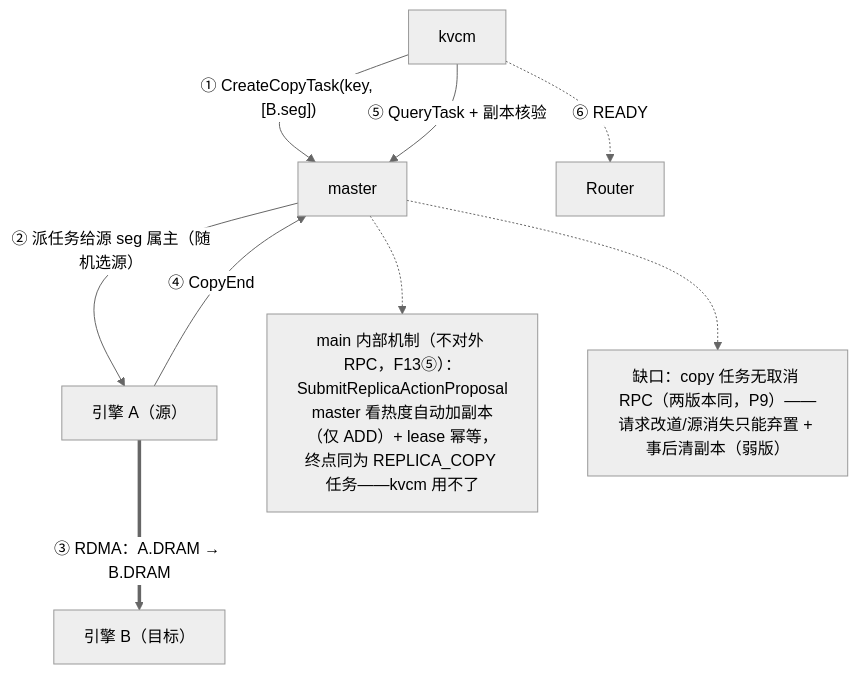
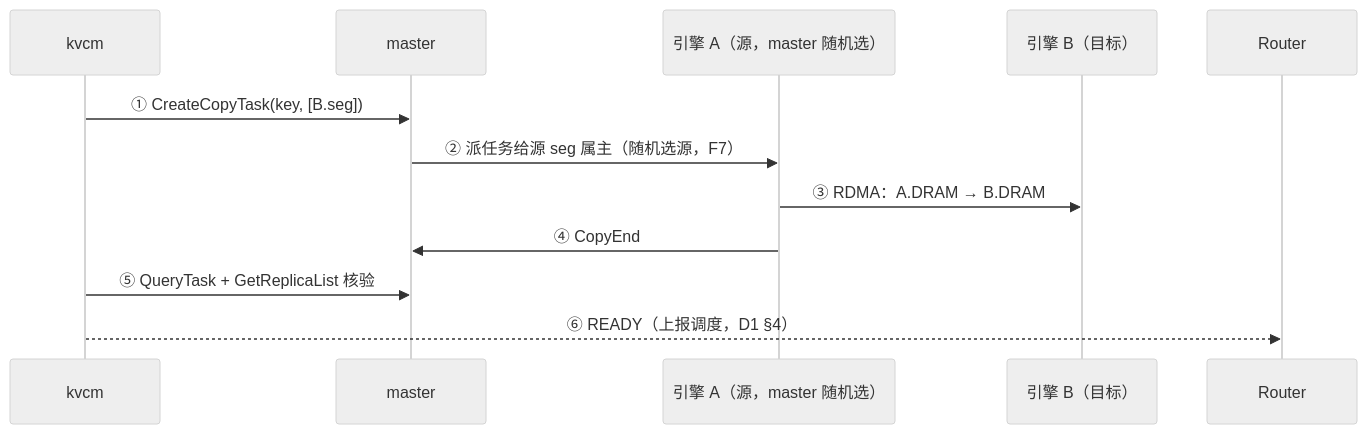
The second of 10 diagrams in kvcm/D2-kv-operations.md (5x8-40/lake), drawn with Mermaid (neutral theme) before and after one commit. The commit also changed other lines of this file, not shown here.

First line of the commit message:
docs(kvcm): 操作图全量时序化，方案完整进图

````diff
--- a/kvcm/D2-kv-operations.md
+++ b/kvcm/D2-kv-operations.md
@@ -331,13 +331,15 @@
 ```mermaid
-flowchart TB
-    K["kvcm"] -->|"① CreateCopyTask(key, [B.seg])"| M["master"]
-    M -->|"② 派任务给源 seg 属主（随机选源）"| A["引擎 A（源）"]
-    A ==>|"③ RDMA：A.DRAM → B.DRAM"| B["引擎 B（目标）"]
-    A -->|"④ CopyEnd"| M
-    K -->|"⑤ QueryTask + 副本核验"| M
-    K -.->|"⑥ READY"| R["Router"]
-    N["main 内部机制（不对外 RPC，F13⑤）：SubmitReplicaActionProposal<br/>master 看热度自动加副本（仅 ADD）+ lease 幂等，<br/>终点同为 REPLICA_COPY 任务——kvcm 用不了"]
-    M -.-> N
-    N2["缺口：copy 任务无取消 RPC（两版本同，P9）——<br/>请求改道/源消失只能弃置 + 事后清副本（弱版）"]
-    M -.-> N2
+sequenceDiagram
+    participant K as kvcm
+    participant M as master
+    participant A as 引擎 A（源，master 随机选）
+    participant B as 引擎 B（目标）
+    participant R as Router
+
+    K->>M: ① CreateCopyTask(key, [B.seg])
+    M->>A: ② 派任务给源 seg 属主（随机选源，F7）
+    A->>B: ③ RDMA：A.DRAM → B.DRAM
+    A->>M: ④ CopyEnd
+    K->>M: ⑤ QueryTask + GetReplicaList 核验
+    K-->>R: ⑥ READY（上报调度，D1 §4）
 ```
````
